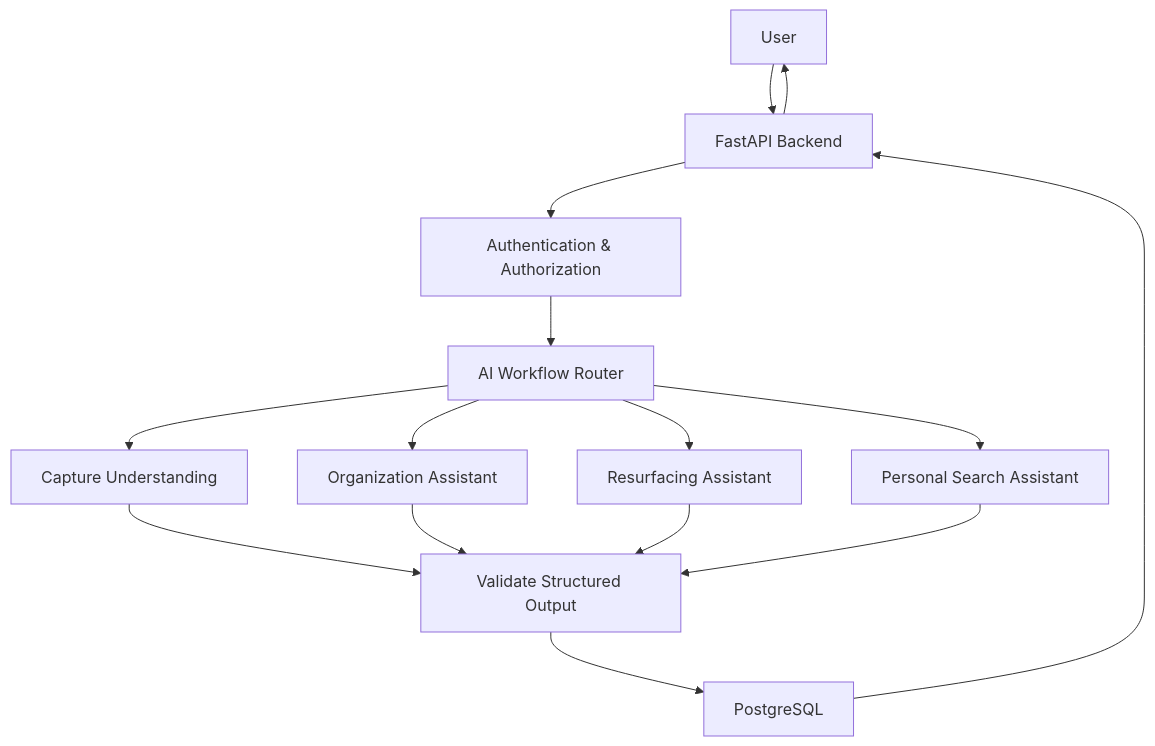
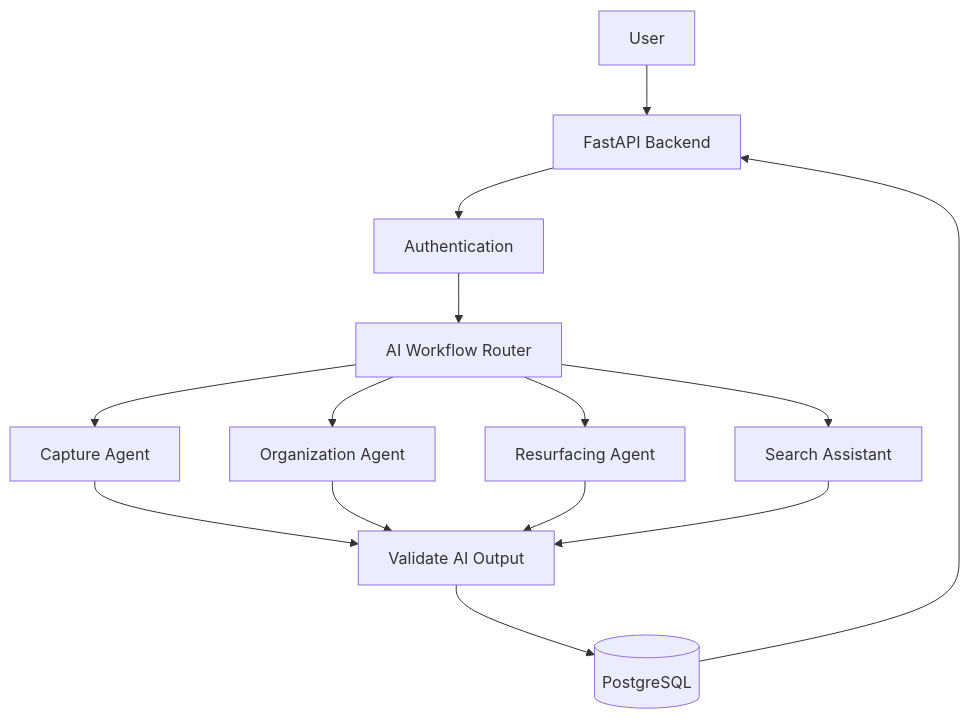
The second of 4 diagrams in README.md (wasim2402/maybelater-ai), drawn with Mermaid before and after one commit. The commit also changed other lines of this file, not shown here.

````diff
--- a/README.md
+++ b/README.md
@@ -220,20 +73,19 @@
 ```mermaid
 flowchart TD
     U["User"] --> API["FastAPI Backend"]
-    API --> AUTH["Authentication & Authorization"]
-    AUTH --> ROUTER["AI Workflow Router"]
+    API --> AUTH["Authentication"]
+    AUTH --> R["AI Workflow Router"]
 
-    ROUTER --> CA["Capture Understanding"]
-    ROUTER --> OA["Organization Assistant"]
-    ROUTER --> RA["Resurfacing Assistant"]
-    ROUTER --> SA["Personal Search Assistant"]
+    R --> A["Capture Agent"]
+    R --> B["Organization Agent"]
+    R --> C["Resurfacing Agent"]
+    R --> D["Search Assistant"]
 
-    CA --> VALIDATE["Validate Structured Output"]
-    OA --> VALIDATE
-    RA --> VALIDATE
-    SA --> VALIDATE
+    A --> V["Validate AI Output"]
+    B --> V
+    C --> V
+    D --> V
 
-    VALIDATE --> DB["PostgreSQL"]
+    V --> DB[("PostgreSQL")]
     DB --> API
-    API --> U
 ```
````
